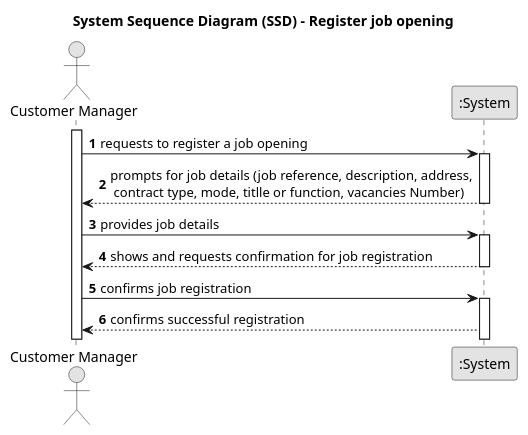
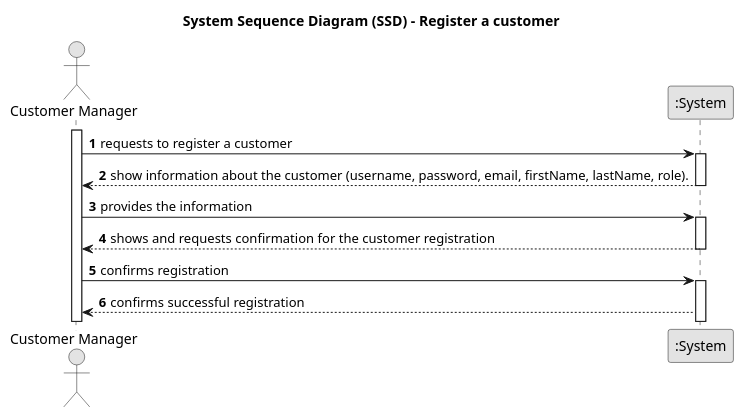
Before and after one commit to marcoferreira37/Lapr4: the diagram in docs/sprintB/1002/1002-system-sequence-diagram.puml, drawn with PlantUML.

Commit message:
#15 update ssd

```diff
--- a/docs/sprintB/1002/1002-system-sequence-diagram.puml
+++ b/docs/sprintB/1002/1002-system-sequence-diagram.puml
@@ -1,35 +1,35 @@
 @startuml
 skinparam monochrome true
 skinparam packageStyle rectangle
 skinparam shadowing false
 
-title System Sequence Diagram (SSD) - Register job opening
+title System Sequence Diagram (SSD) - Register a customer
 
 autonumber
 
 actor "Customer Manager" as Manager
 participant ":System" as System
 
 activate Manager
 
-    Manager -> System : requests to register a job opening
+    Manager -> System : requests to register a customer
     activate System
 
-    System --> Manager : prompts for job details (job reference, description, address,\n contract type, mode, titlle or function, vacancies Number)
+    System --> Manager : show information about the customer (username, password, email, firstName, lastName, role).
 
     deactivate System
 
-    Manager -> System : provides job details
+    Manager -> System : provides the information
 
     activate System
 
 
-        System --> Manager : shows and requests confirmation for job registration
+        System --> Manager : shows and requests confirmation for the customer registration
         deactivate System
 
-        Manager -> System : confirms job registration
+        Manager -> System : confirms registration
         activate System
 
         System --> Manager : confirms successful registration
 
 @enduml
```
